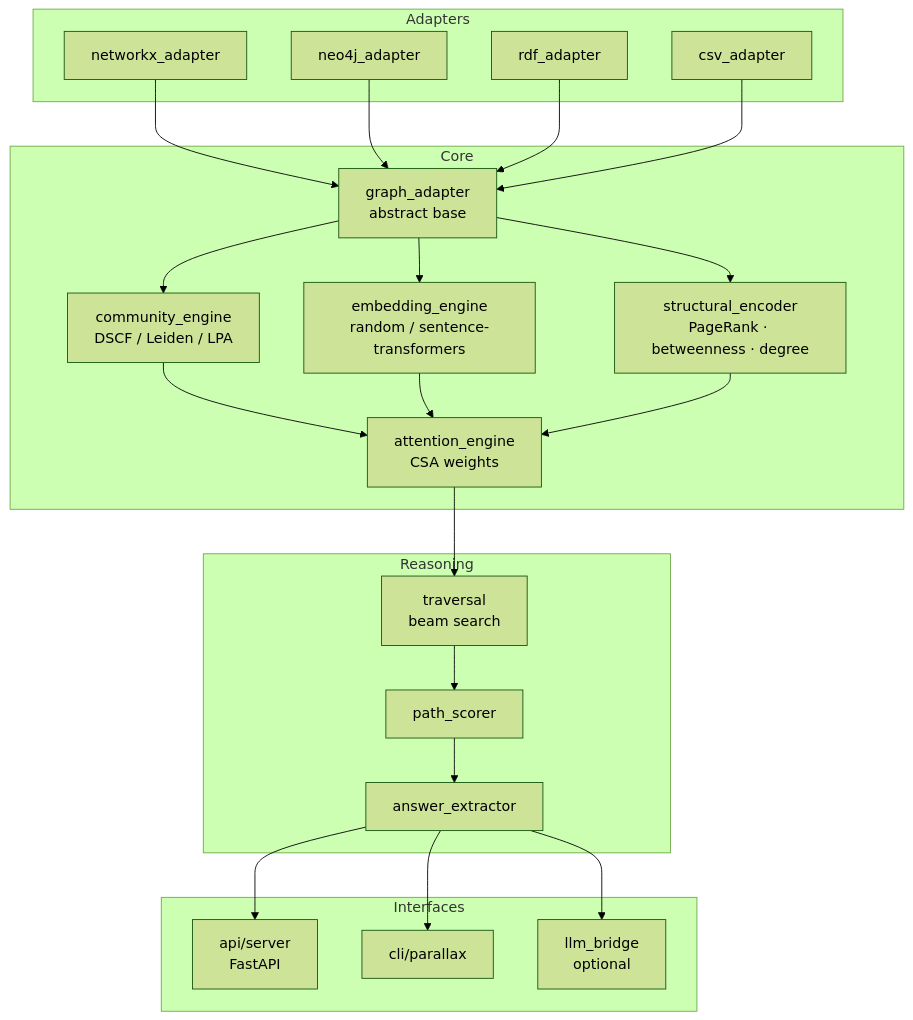
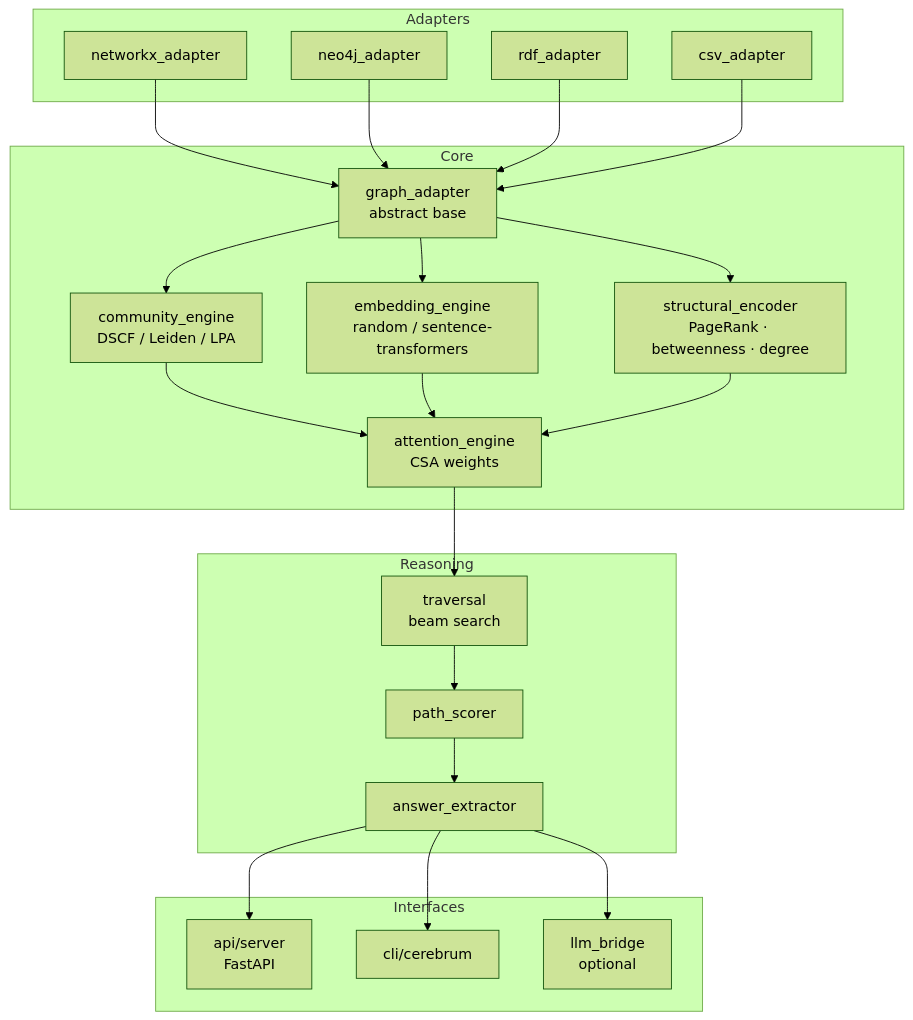
The first of 3 diagrams in README.md (BrutalByte/CEREBRUM), drawn with Mermaid (forest theme) before and after one commit. The commit also changed other lines of this file and 1 other file, not shown here.

First line of the commit message:
docs(phase1): align README and ARCHITECTURE to v2.20.1 / Phase 82

````diff
--- a/README.md
+++ b/README.md
@@ -199,40 +221,40 @@
 ```mermaid
 graph TD
     subgraph Adapters
         A1[networkx_adapter]
         A2[neo4j_adapter]
         A3[rdf_adapter]
         A4[csv_adapter]
     end
 
     subgraph Core
         C1[graph_adapter<br/>abstract base]
         C2[community_engine<br/>DSCF / Leiden / LPA]
         C3[embedding_engine<br/>random / sentence-transformers]
         C4[structural_encoder<br/>PageRank · betweenness · degree]
         C5[attention_engine<br/>CSA weights]
     end
 
     subgraph Reasoning
         R1[traversal<br/>beam search]
         R2[path_scorer]
         R3[answer_extractor]
     end
 
     subgraph Interfaces
         I1[api/server<br/>FastAPI]
-        I2[cli/parallax]
+        I2[cli/cerebrum]
         I3[llm_bridge<br/>optional]
     end
 
     A1 & A2 & A3 & A4 --> C1
     C1 --> C2
     C1 --> C3
     C1 --> C4
     C2 & C3 & C4 --> C5
     C5 --> R1
     R1 --> R2 --> R3
     R3 --> I1
     R3 --> I2
     R3 --> I3
 ```
````
